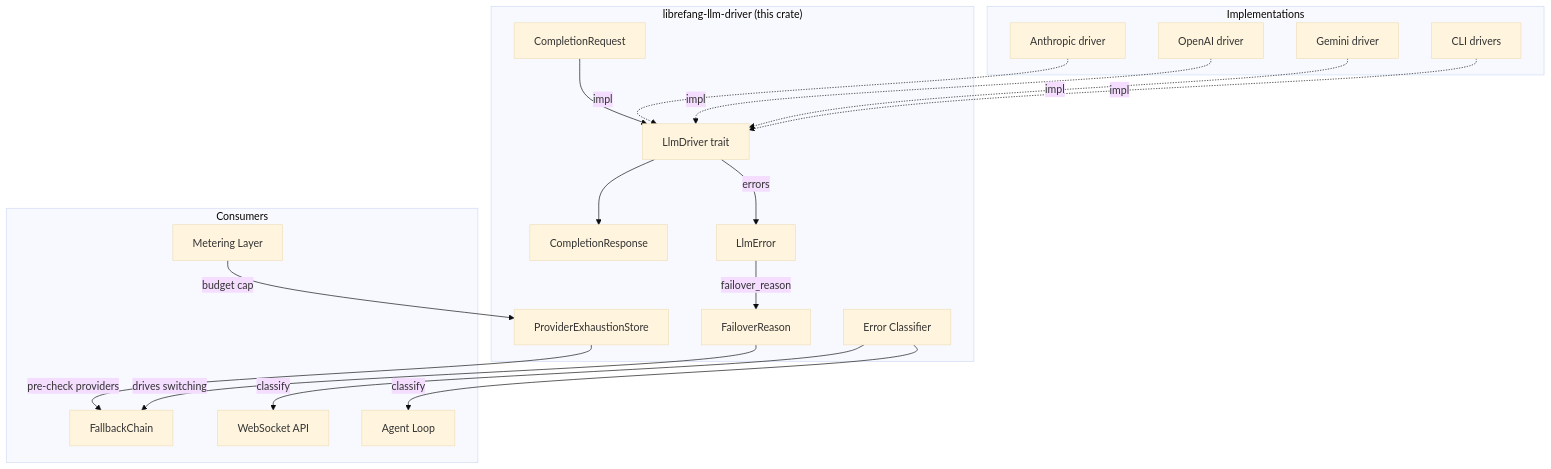
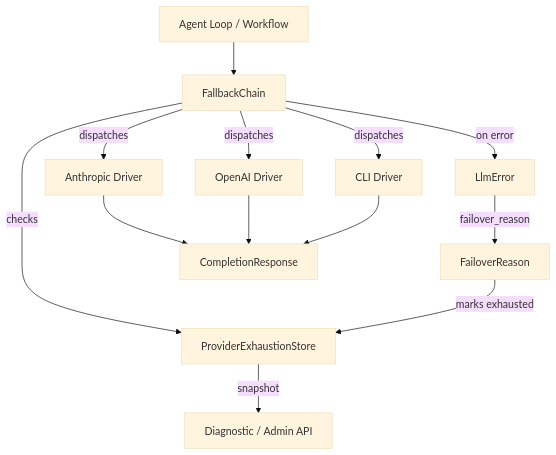
Before and after one commit to leszek3737/librefang-WIki: the diagram in llm-drivers-librefang-llm-driver-src.md, drawn with Mermaid (base theme). The commit also changed other lines of this file and 119 other files, not shown here.

````diff
--- a/llm-drivers-librefang-llm-driver-src.md
+++ b/llm-drivers-librefang-llm-driver-src.md
@@ -9,41 +9,15 @@
 ```mermaid
 graph TD
-    subgraph "librefang-llm-driver (this crate)"
-        LT[LlmDriver trait]
-        CR[CompletionRequest]
-        CResp[CompletionResponse]
-        LE[LlmError]
-        FE[FailoverReason]
-        PES[ProviderExhaustionStore]
-        EC[Error Classifier]
-    end
-
-    subgraph "Consumers"
-        FC[FallbackChain]
-        AL[Agent Loop]
-        METER[Metering Layer]
-        WS[WebSocket API]
-    end
-
-    subgraph "Implementations"
-        ANTHRO[Anthropic driver]
-        OPENAI[OpenAI driver]
-        GEMINI[Gemini driver]
-        CLI[CLI drivers]
-    end
-
-    CR --> LT
-    LT --> CResp
-    LT -->|errors| LE
-    LE -->|failover_reason| FE
-    FE -->|drives switching| FC
-    PES -->|pre-check providers| FC
-    METER -->|budget cap| PES
-    EC -->|classify| WS
-    EC -->|classify| AL
-
-    ANTHRO -.->|impl| LT
-    OPENAI -.->|impl| LT
-    GEMINI -.->|impl| LT
-    CLI -.->|impl| LT
+    Caller[Agent Loop / Workflow] --> FC[FallbackChain]
+    FC -->|checks| EXS[ProviderExhaustionStore]
+    FC -->|dispatches| D1[Anthropic Driver]
+    FC -->|dispatches| D2[OpenAI Driver]
+    FC -->|dispatches| D3[CLI Driver]
+    FC -->|on error| LLE[LlmError]
+    LLE -->|failover_reason| FR[FailoverReason]
+    FR -->|marks exhausted| EXS
+    EXS -->|snapshot| SN[Diagnostic / Admin API]
+    D1 --> CR[CompletionResponse]
+    D2 --> CR
+    D3 --> CR
 ```
````
